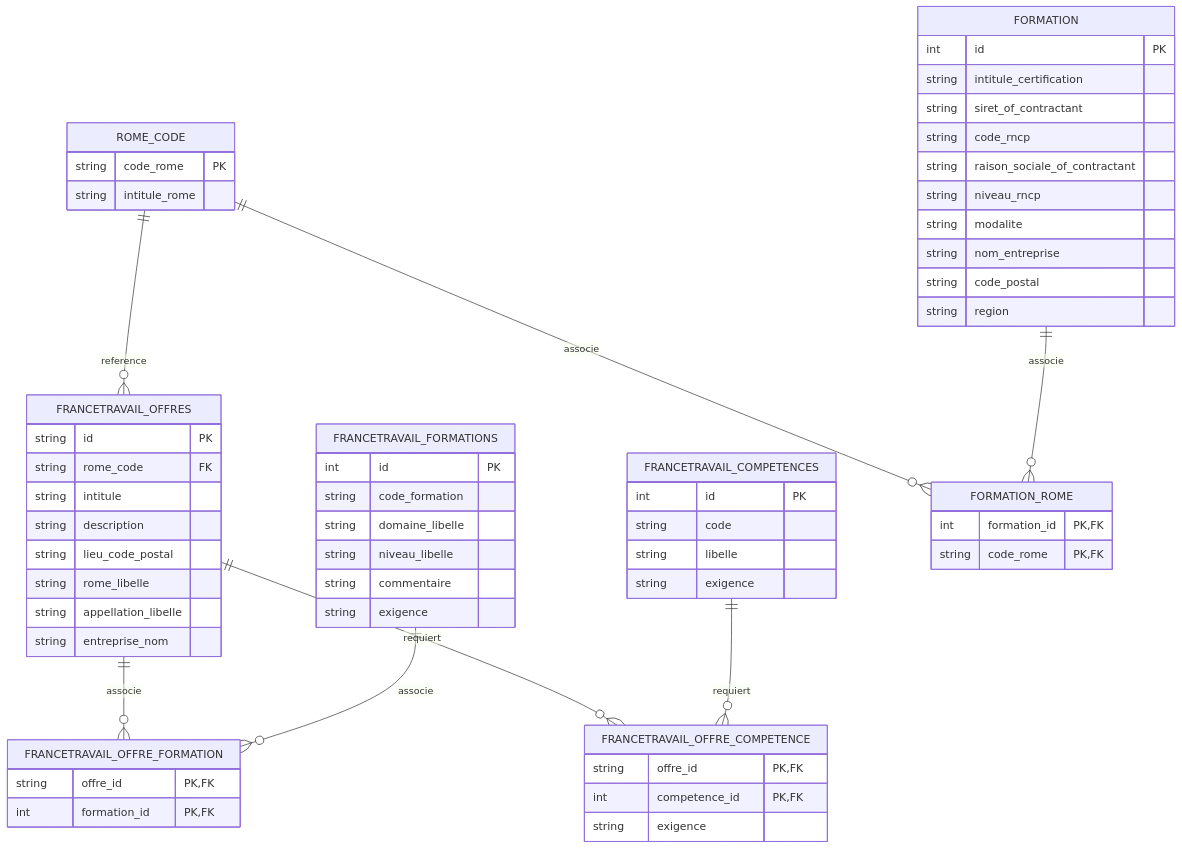
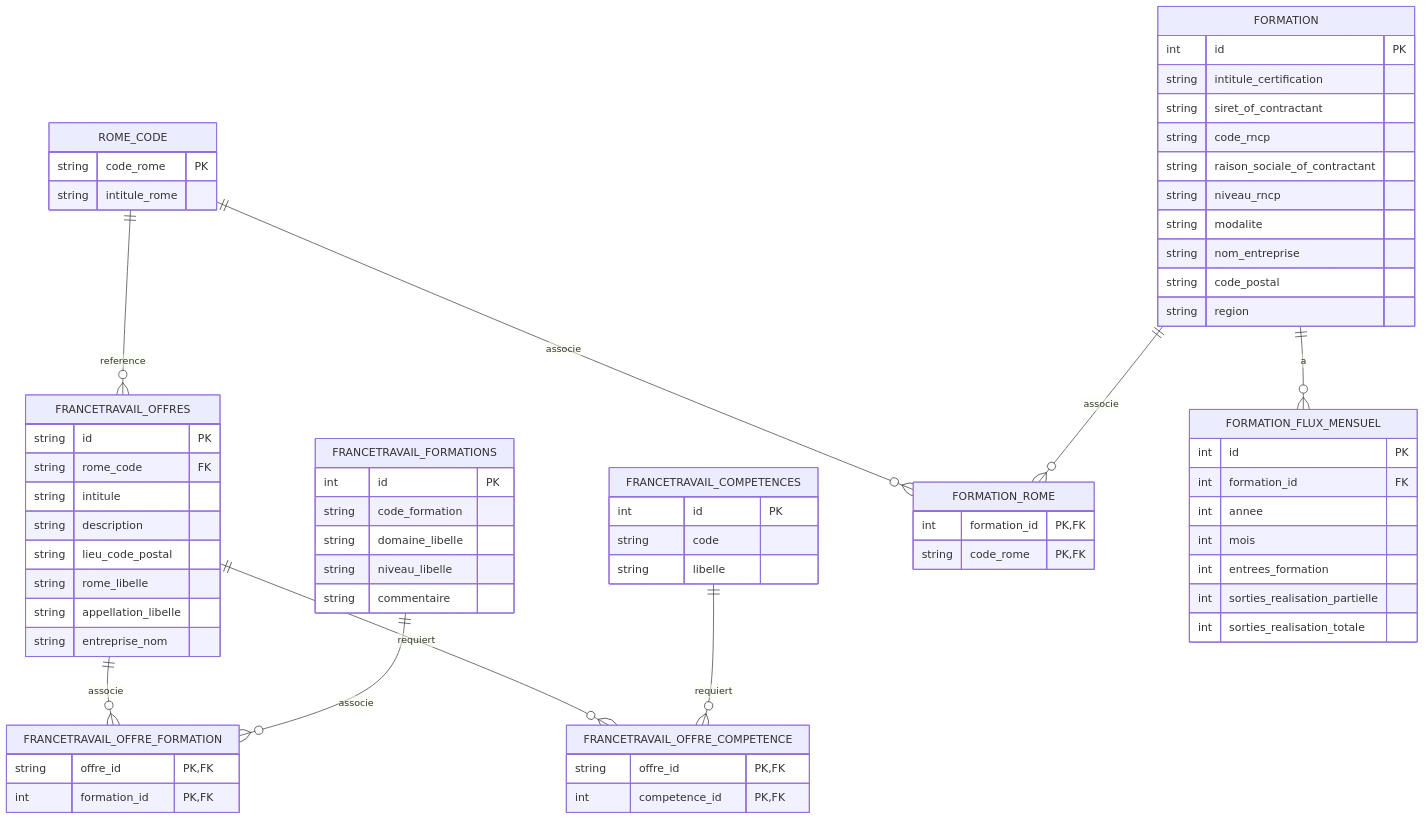
One commit to cmoileboss/observia-emploi changed the diagram in README.md. Above: the diagram before and after it, drawn with Mermaid. The commit also changed 5 other files, not shown here.

````diff
--- a/README.md
+++ b/README.md
@@ -196,71 +196,79 @@
 ```mermaid
 erDiagram
 	FRANCETRAVAIL_OFFRES ||--o{ FRANCETRAVAIL_OFFRE_FORMATION : associe
 	FRANCETRAVAIL_FORMATIONS ||--o{ FRANCETRAVAIL_OFFRE_FORMATION : associe
 	FRANCETRAVAIL_OFFRES ||--o{ FRANCETRAVAIL_OFFRE_COMPETENCE : requiert
 	FRANCETRAVAIL_COMPETENCES ||--o{ FRANCETRAVAIL_OFFRE_COMPETENCE : requiert
 	ROME_CODE ||--o{ FRANCETRAVAIL_OFFRES : reference
 	ROME_CODE ||--o{ FORMATION_ROME : associe
 	FORMATION ||--o{ FORMATION_ROME : associe
+	FORMATION ||--o{ FORMATION_FLUX_MENSUEL : a
 
 	FRANCETRAVAIL_OFFRES {
 		string id PK
 		string rome_code FK
 		string intitule
 		string description
 		string lieu_code_postal
 		string rome_libelle
 		string appellation_libelle
 		string entreprise_nom
 	}
 
 	ROME_CODE {
 		string code_rome PK
 		string intitule_rome
 	}
 
 	FRANCETRAVAIL_FORMATIONS {
 		int id PK
 		string code_formation
 		string domaine_libelle
 		string niveau_libelle
 		string commentaire
-		string exigence
 	}
 
 	FRANCETRAVAIL_COMPETENCES {
 		int id PK
 		string code
 		string libelle
-		string exigence
 	}
 
 	FRANCETRAVAIL_OFFRE_FORMATION {
 		string offre_id PK, FK
 		int formation_id PK, FK
 	}
 
 	FRANCETRAVAIL_OFFRE_COMPETENCE {
 		string offre_id PK, FK
 		int competence_id PK, FK
-		string exigence
 	}
 
 	FORMATION_ROME {
 		int formation_id PK, FK
 		string code_rome PK, FK
 	}
 
 	FORMATION {
 		int id PK
 		string intitule_certification
 		string siret_of_contractant
 		string code_rncp
 		string raison_sociale_of_contractant
 		string niveau_rncp
 		string modalite
 		string nom_entreprise
 		string code_postal
 		string region
 	}
+
+	FORMATION_FLUX_MENSUEL {
+		int id PK
+		int formation_id FK
+		int annee
+		int mois
+		int entrees_formation
+		int sorties_realisation_partielle
+		int sorties_realisation_totale
+	}
 ```  
````
